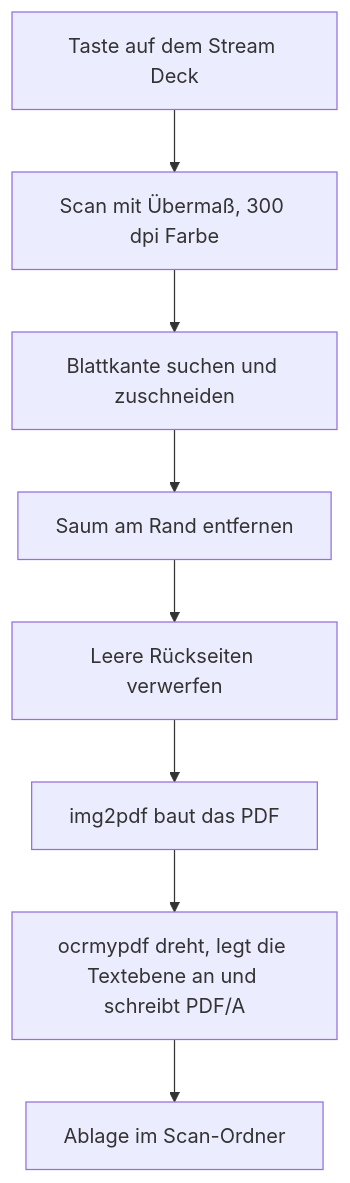
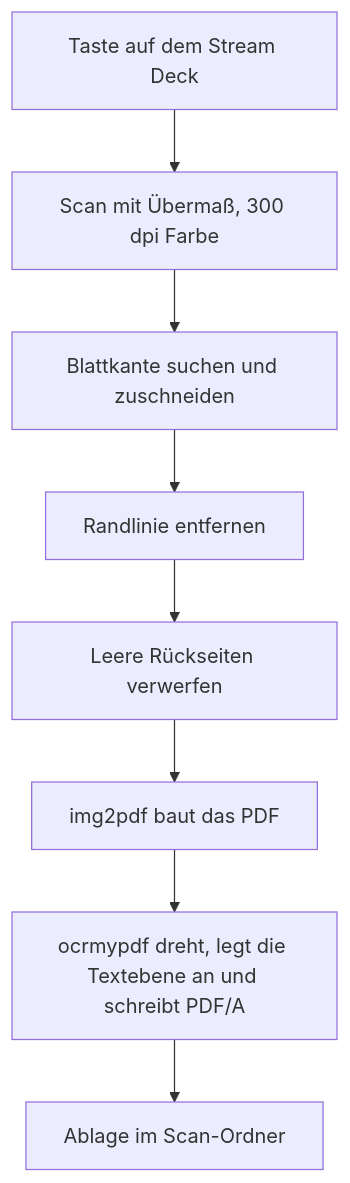
Before and after one commit to hnsstrk/hnsstrk.de: the diagram in content/blog/scan-button-streamdeck/index.md, drawn with Mermaid. The commit also changed other lines of this file and 10 other files, not shown here.

````diff
--- a/content/blog/scan-button-streamdeck/index.md
+++ b/content/blog/scan-button-streamdeck/index.md
@@ -124,10 +124,10 @@
 ```mermaid
 flowchart TD
     A[Taste auf dem Stream Deck] --> B["Scan mit Übermaß, 300 dpi Farbe"]
     B --> C[Blattkante suchen und zuschneiden]
-    C --> D[Saum am Rand entfernen]
+    C --> D[Randlinie entfernen]
     D --> E[Leere Rückseiten verwerfen]
     E --> F[img2pdf baut das PDF]
     F --> G["ocrmypdf dreht, legt die Textebene an und schreibt PDF/A"]
     G --> H[Ablage im Scan-Ordner]
 ```
````
